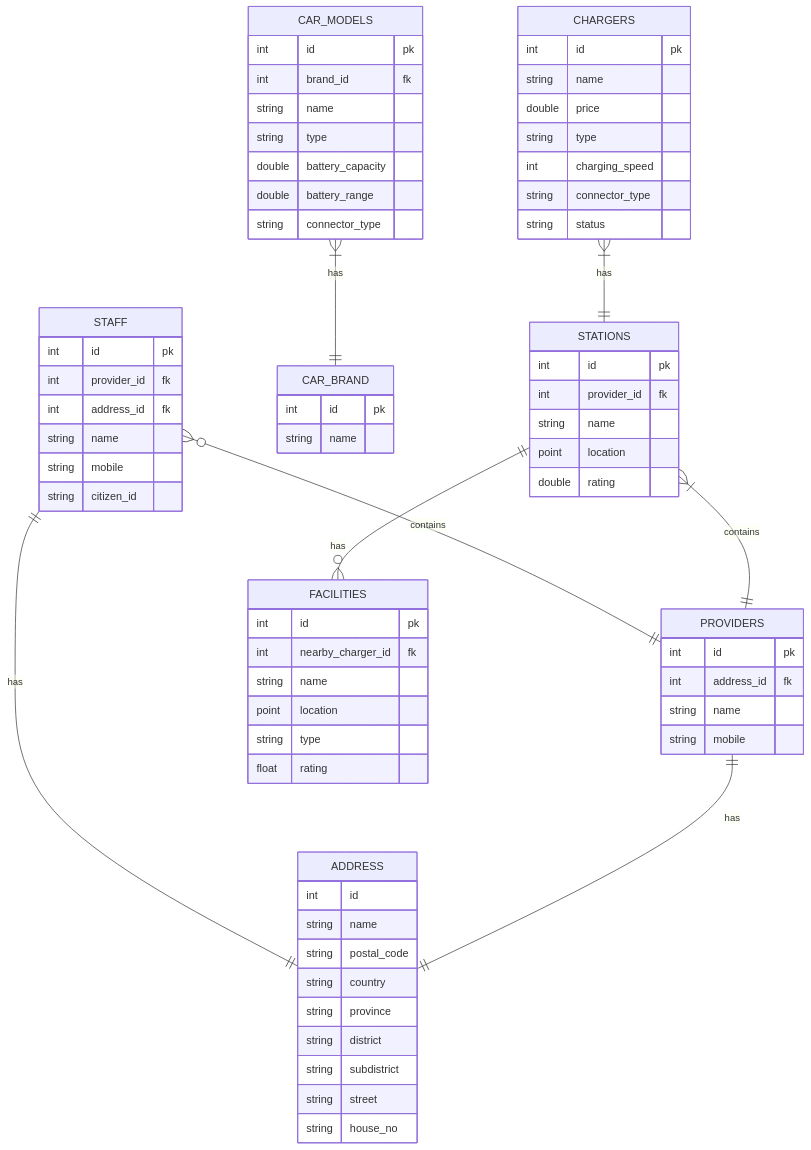
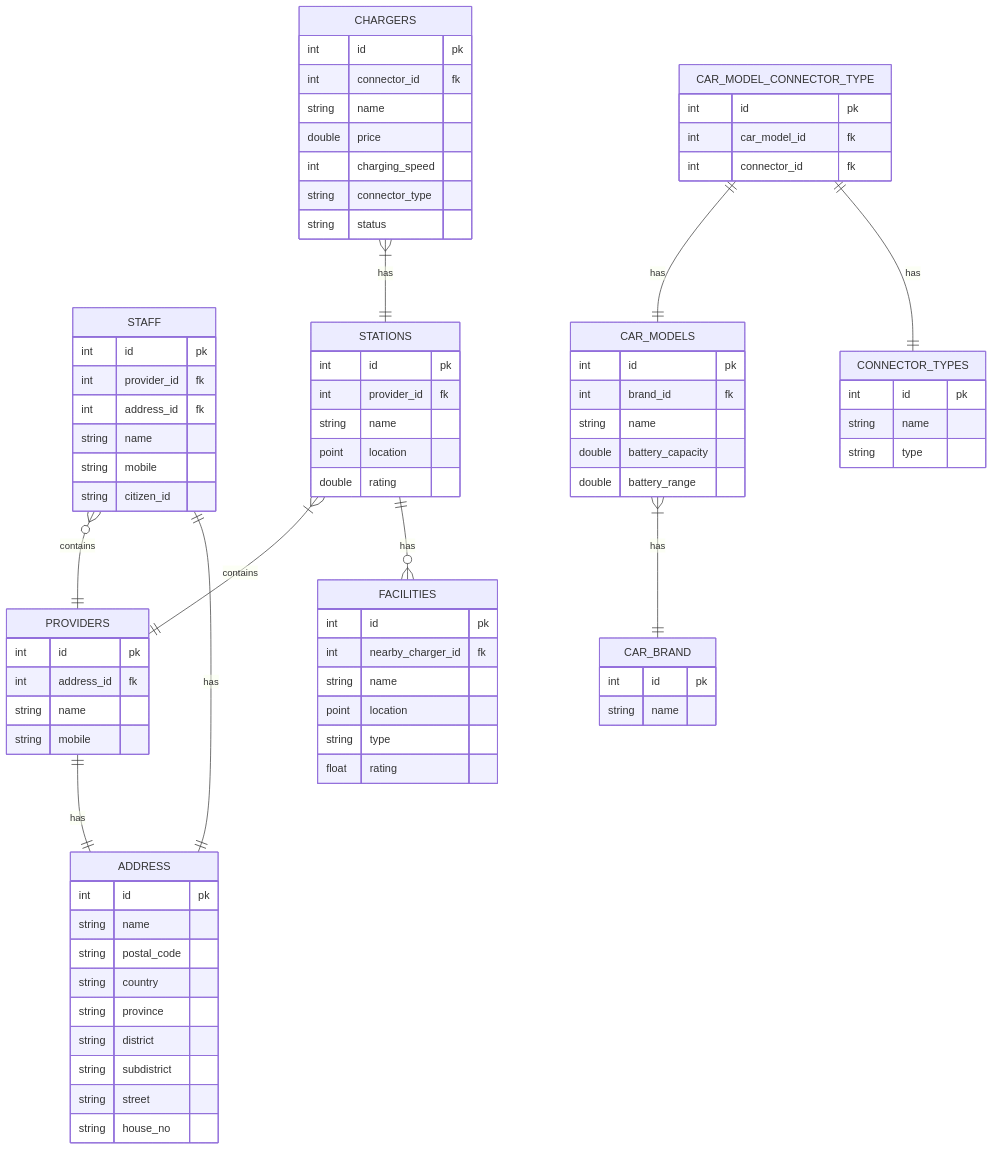
Before and after one commit to ongzasad/ev-trip-planner: the diagram in db.md, drawn with Mermaid.

Commit message:
Add CAR_MODEL_CONNECTOR_TYPE

````diff
--- a/db.md
+++ b/db.md
@@ -2,73 +2,82 @@
 ```mermaid
     erDiagram
         STAFF {
             int id pk
             int provider_id fk
             int address_id fk
             string name
             string mobile
             string citizen_id
         }
         PROVIDERS {
             int id pk
             int address_id fk
             string name
             string mobile
         }
         CAR_MODELS {
             int id pk
             int brand_id fk
             string name
-            string type
             double battery_capacity
             double battery_range
-            string connector_type
         }
         CAR_BRAND {
             int id pk
             string name
         }
         FACILITIES {
             int id pk
             int nearby_charger_id fk
             string name
             point location
             string type
             float rating
         }
         CHARGERS {
             int id pk
+            int connector_id fk
             string name
             double price
-            string type
             int charging_speed
             string connector_type
             string status
         }
         STATIONS {
             int id pk
             int provider_id fk
             string name
             point location
             double rating
         }
         ADDRESS {
-            int id
+            int id pk
             string name
             string postal_code
             string country
             string province
             string district
             string subdistrict
             string street
             string house_no
         }
-
+        CONNECTOR_TYPES {
+            int id pk
+            string name
+            string type
+        }
+        CAR_MODEL_CONNECTOR_TYPE {
+            int id pk
+            int car_model_id fk
+            int connector_id fk
+        }
         STAFF o{--|| PROVIDERS : contains
         STATIONS |{--|| PROVIDERS : contains
         CAR_MODELS |{--|| CAR_BRAND : has
         STATIONS ||--o{ FACILITIES : has
         CHARGERS |{--|| STATIONS : has
         STAFF ||--|| ADDRESS : has
         PROVIDERS ||--|| ADDRESS : has
+        CAR_MODEL_CONNECTOR_TYPE ||--|| CAR_MODELS : has
+        CAR_MODEL_CONNECTOR_TYPE ||--|| CONNECTOR_TYPES : has
 ```     
````
